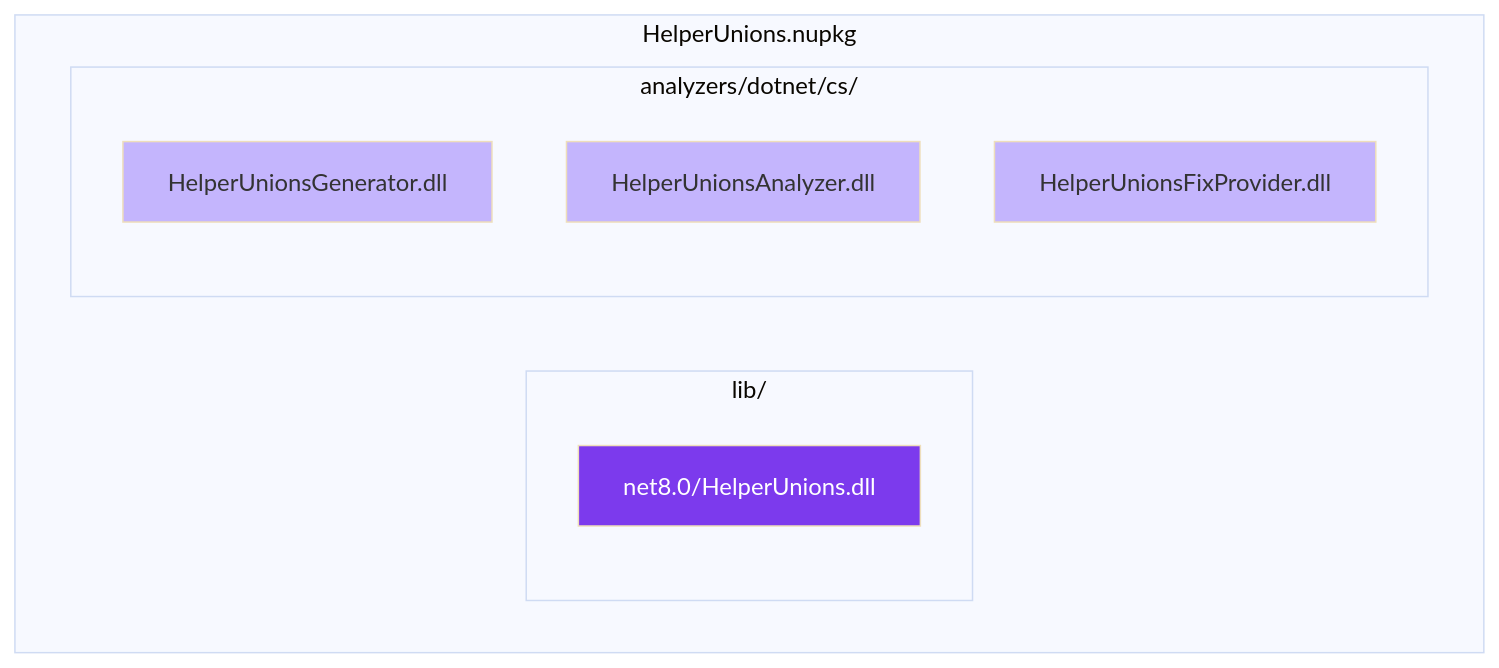
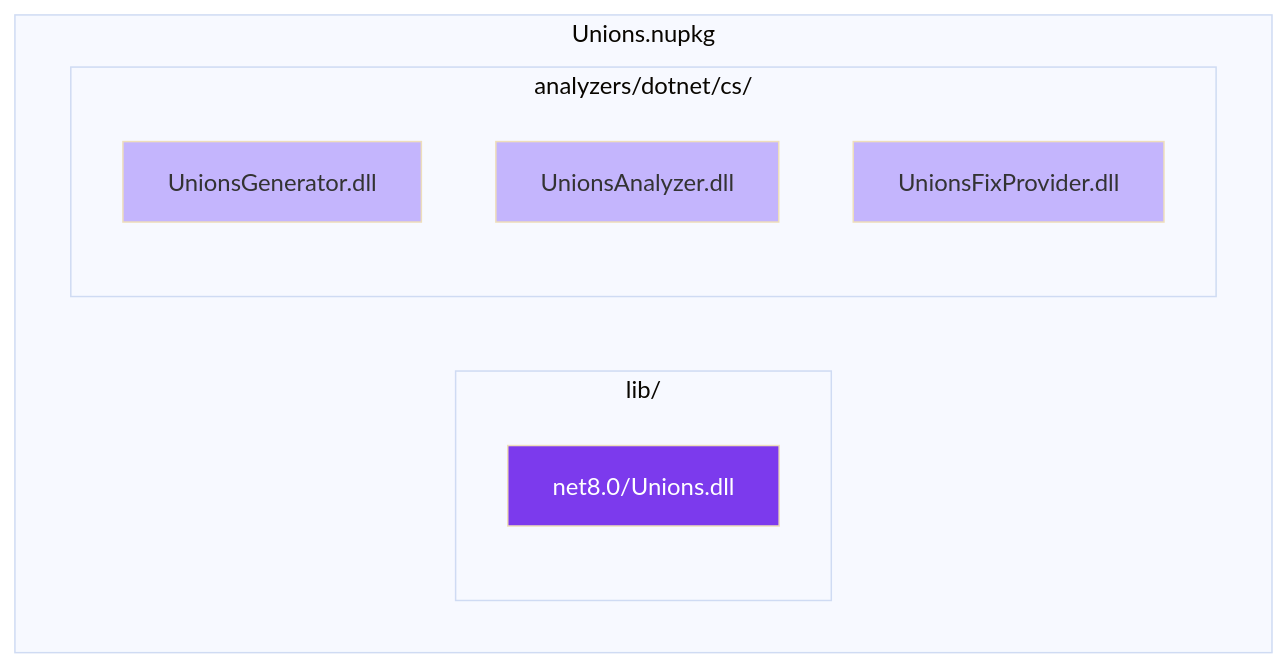
The third of 3 diagrams in docs/architecture/design/package-structure.md (MauroVerberkt/MaVe), drawn with Mermaid (base theme) before and after one commit. The commit also changed other lines of this file and 198 other files, not shown here.

````diff
--- a/docs/architecture/design/package-structure.md
+++ b/docs/architecture/design/package-structure.md
@@ -178,18 +178,18 @@
 ```mermaid
 graph TD
-    subgraph "HelperUnions.nupkg"
+    subgraph "Unions.nupkg"
         subgraph "lib/"
-            L[net8.0/HelperUnions.dll]
+            L[net8.0/Unions.dll]
         end
         subgraph "analyzers/dotnet/cs/"
-            A1[HelperUnionsGenerator.dll]
-            A2[HelperUnionsAnalyzer.dll]
-            A3[HelperUnionsFixProvider.dll]
+            A1[UnionsGenerator.dll]
+            A2[UnionsAnalyzer.dll]
+            A3[UnionsFixProvider.dll]
         end
     end
 
     style L fill:#7c3aed,color:#fff
     style A1 fill:#c4b5fd,color:#333
     style A2 fill:#c4b5fd,color:#333
     style A3 fill:#c4b5fd,color:#333
 ```
````
